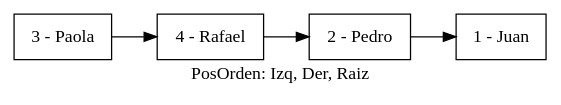
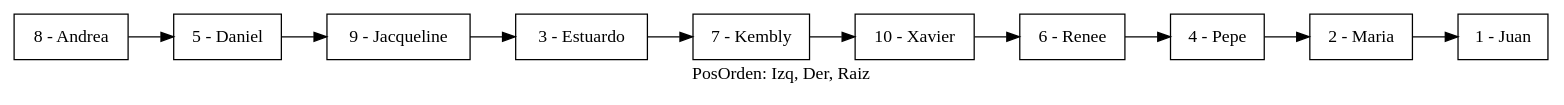
One commit to elJuanjoRamos/EDD_1S2020_PY1_201801262 changed the diagram in EDD_Proyecto1/EDD_Proyecto1/ArbolRecorrido.dot. Above: the diagram before and after it, drawn with Graphviz. The commit also changed 26 other files, not shown here.

```diff
--- a/EDD_Proyecto1/EDD_Proyecto1/ArbolRecorrido.dot
+++ b/EDD_Proyecto1/EDD_Proyecto1/ArbolRecorrido.dot
@@ -1,9 +1,21 @@
 digraph G {rankdir=LR;label="PosOrden: Izq, Der, Raiz";node[shape=box];
-nodo3 [ label ="3 - Paola"];
-nodo4 [ label ="4 - Rafael"];
-nodo2 [ label ="2 - Pedro"];
+nodo8 [ label ="8 - Andrea"];
+nodo5 [ label ="5 - Daniel"];
+nodo9 [ label ="9 - Jacqueline"];
+nodo3 [ label ="3 - Estuardo"];
+nodo7 [ label ="7 - Kembly"];
+nodo10 [ label ="10 - Xavier"];
+nodo6 [ label ="6 - Renee"];
+nodo4 [ label ="4 - Pepe"];
+nodo2 [ label ="2 - Maria"];
 nodo1 [ label ="1 - Juan"];
-nodo3-> nodo4
+nodo8-> nodo5
+nodo5-> nodo9
+nodo9-> nodo3
+nodo3-> nodo7
+nodo7-> nodo10
+nodo10-> nodo6
+nodo6-> nodo4
 nodo4-> nodo2
 nodo2-> nodo1
 }
```
